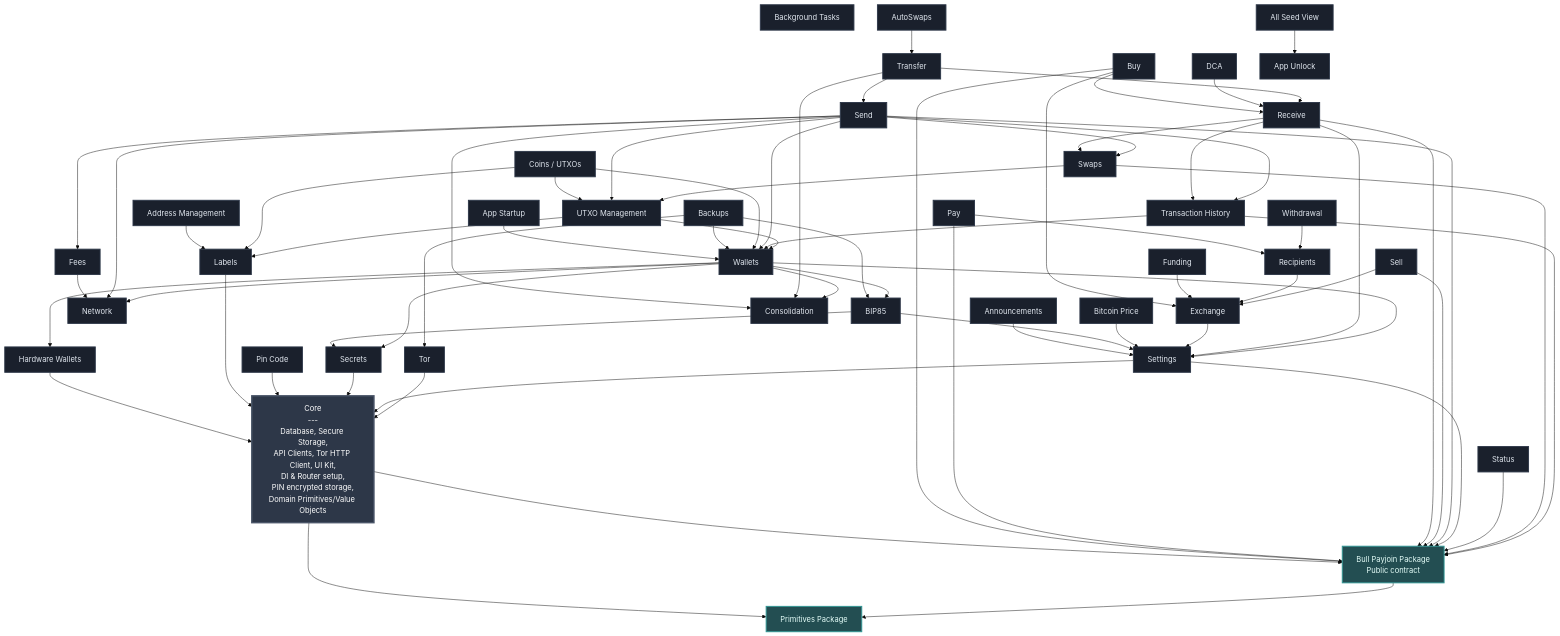
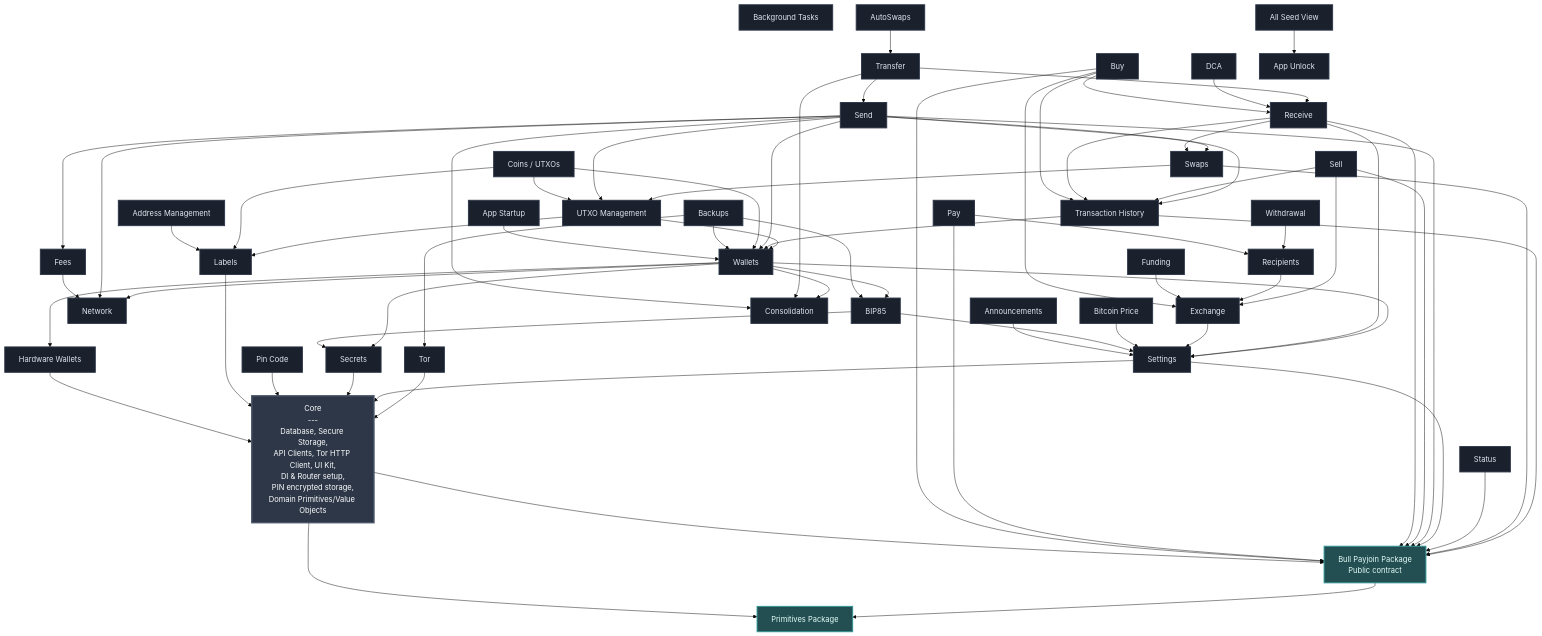
The diagram in FEATURES.md (SatoshiPortal/bullbitcoin-mobile), drawn with Mermaid (base theme) before and after one commit. The commit also changed 26 other files, not shown here.

```diff
--- a/FEATURES.md
+++ b/FEATURES.md
@@ -74,6 +74,7 @@
     BUY --> EXCHANGE
     BUY --> RECEIVE
     BUY --> BULL_PAYJOIN
+    BUY --> TX_HISTORY
     COINS --> UTXO_MGMT
     COINS --> LABELS
     COINS --> WALLETS
@@ -94,6 +95,7 @@
     SECRETS --> CORE
     SELL --> EXCHANGE
     SELL --> BULL_PAYJOIN
+    SELL --> TX_HISTORY
     SEND --> CONSOLIDATION
     SEND --> FEES
     SEND --> NETWORK
```
